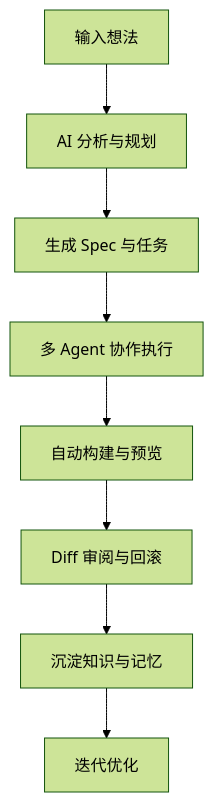
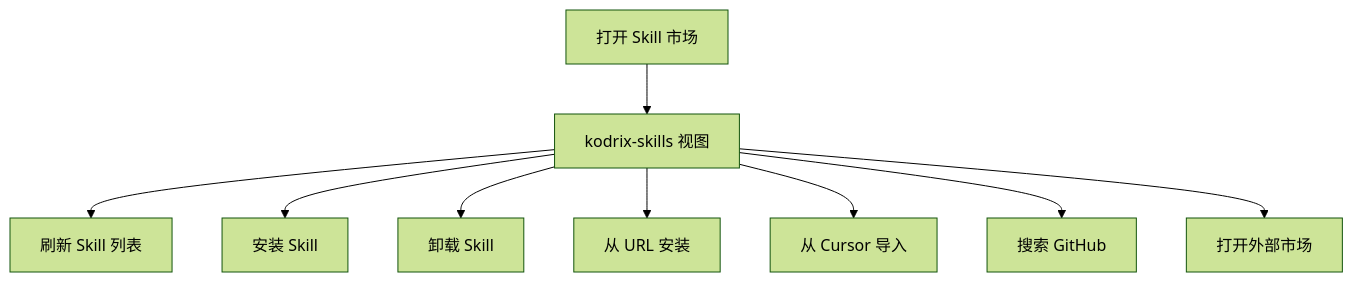
The sixth of 7 diagrams in .qoder/repowiki/zh/content/项目概述.md (sofate798/KodrixCode), drawn with Mermaid (forest theme) before and after one commit. The commit also changed other lines of this file and 178 other files, not shown here.

````diff
--- a/.qoder/repowiki/zh/content/项目概述.md
+++ b/.qoder/repowiki/zh/content/项目概述.md
@@ -271,10 +257,11 @@
 ```mermaid
 flowchart TD
-Idea["输入想法"] --> Plan["AI 分析与规划"]
-Plan --> Spec["生成 Spec 与任务"]
-Spec --> Crew["多 Agent 协作执行"]
-Crew --> Build["自动构建与预览"]
-Build --> Review["Diff 审阅与回滚"]
-Review --> Learn["沉淀知识与记忆"]
-Learn --> Iterate["迭代优化"]
+OpenMarket["打开 Skill 市场"] --> View["kodrix-skills 视图"]
+View --> Refresh["刷新 Skill 列表"]
+View --> Install["安装 Skill"]
+View --> Uninstall["卸载 Skill"]
+View --> FromURL["从 URL 安装"]
+View --> ImportCursor["从 Cursor 导入"]
+View --> SearchGithub["搜索 GitHub"]
+View --> OpenMarketplace["打开外部市场"]
 ```
````
